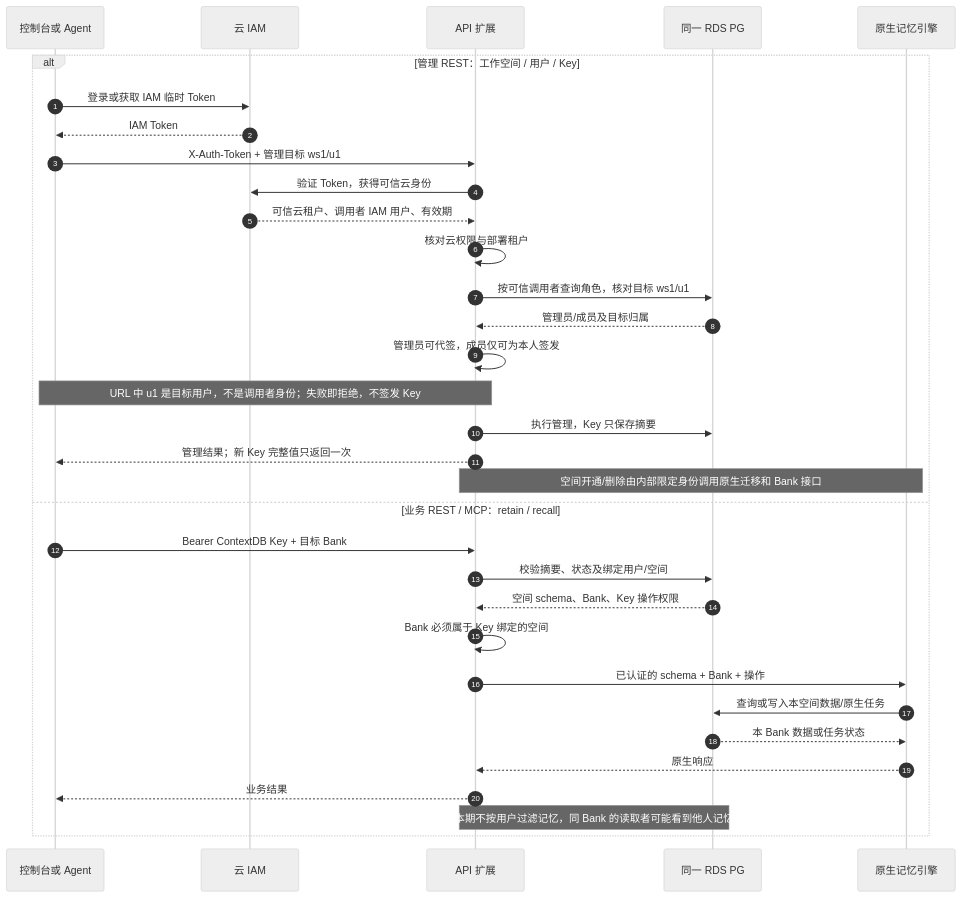
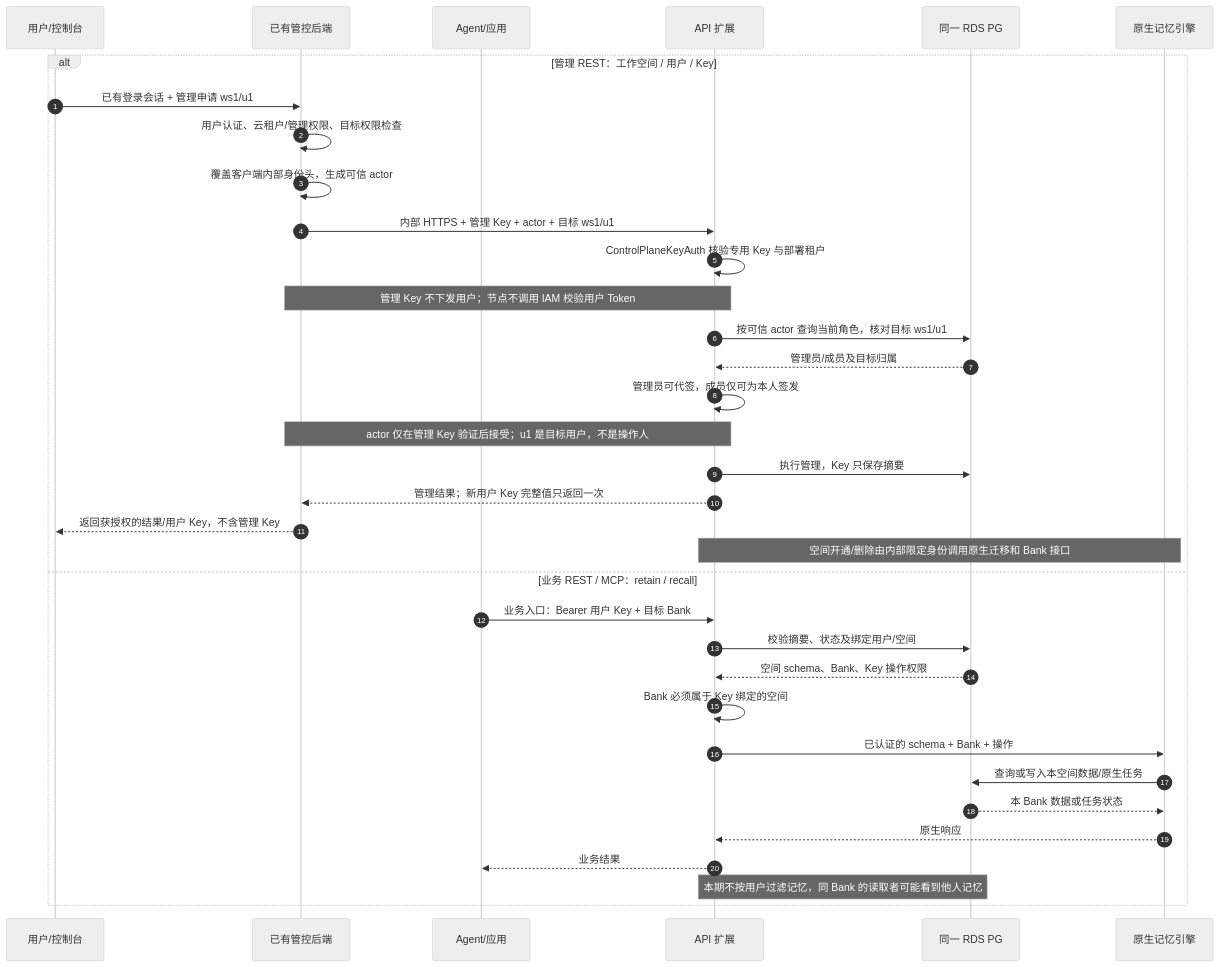
One commit to ZhuQingping/ContextDB-Research changed the diagram in hindsight/diagrams/contextdb-member-request.mmd. Above: the diagram before and after it, drawn with Mermaid (neutral theme). The commit also changed 11 other files, not shown here.

Commit message:
docs: use internal control-plane key for ContextDB management

```diff
--- a/hindsight/diagrams/contextdb-member-request.mmd
+++ b/hindsight/diagrams/contextdb-member-request.mmd
@@ -1,33 +1,35 @@
 sequenceDiagram
     autonumber
-    participant C as 控制台或 Agent
-    participant I as 云 IAM
+    participant C as 用户/控制台
+    participant B as 已有管控后端
+    participant G as Agent/应用
     participant A as API 扩展
     participant P as 同一 RDS PG
     participant E as 原生记忆引擎
     alt 管理 REST：工作空间 / 用户 / Key
-        C->>I: 登录或获取 IAM 临时 Token
-        I-->>C: IAM Token
-        C->>A: X-Auth-Token + 管理目标 ws1/u1
-        A->>I: 验证 Token，获得可信云身份
-        I-->>A: 可信云租户、调用者 IAM 用户、有效期
-        A->>A: 核对云权限与部署租户
-        A->>P: 按可信调用者查询角色，核对目标 ws1/u1
+        C->>B: 已有登录会话 + 管理申请 ws1/u1
+        B->>B: 用户认证、云租户/管理权限、目标权限检查
+        B->>B: 覆盖客户端内部身份头，生成可信 actor
+        B->>A: 内部 HTTPS + 管理 Key + actor + 目标 ws1/u1
+        A->>A: ControlPlaneKeyAuth 核验专用 Key 与部署租户
+        Note over B,A: 管理 Key 不下发用户；节点不调用 IAM 校验用户 Token
+        A->>P: 按可信 actor 查询当前角色，核对目标 ws1/u1
         P-->>A: 管理员/成员及目标归属
         A->>A: 管理员可代签，成员仅可为本人签发
-        Note over C,A: URL 中 u1 是目标用户，不是调用者身份；失败即拒绝，不签发 Key
+        Note over B,A: actor 仅在管理 Key 验证后接受；u1 是目标用户，不是操作人
         A->>P: 执行管理，Key 只保存摘要
-        A-->>C: 管理结果；新 Key 完整值只返回一次
+        A-->>B: 管理结果；新用户 Key 完整值只返回一次
+        B-->>C: 返回获授权的结果/用户 Key，不含管理 Key
         Note over A,E: 空间开通/删除由内部限定身份调用原生迁移和 Bank 接口
     else 业务 REST / MCP：retain / recall
-        C->>A: Bearer ContextDB Key + 目标 Bank
+        G->>A: 业务入口：Bearer 用户 Key + 目标 Bank
         A->>P: 校验摘要、状态及绑定用户/空间
         P-->>A: 空间 schema、Bank、Key 操作权限
         A->>A: Bank 必须属于 Key 绑定的空间
         A->>E: 已认证的 schema + Bank + 操作
         E->>P: 查询或写入本空间数据/原生任务
         P-->>E: 本 Bank 数据或任务状态
         E-->>A: 原生响应
-        A-->>C: 业务结果
+        A-->>G: 业务结果
         Note over A,P: 本期不按用户过滤记忆，同 Bank 的读取者可能看到他人记忆
     end
```
